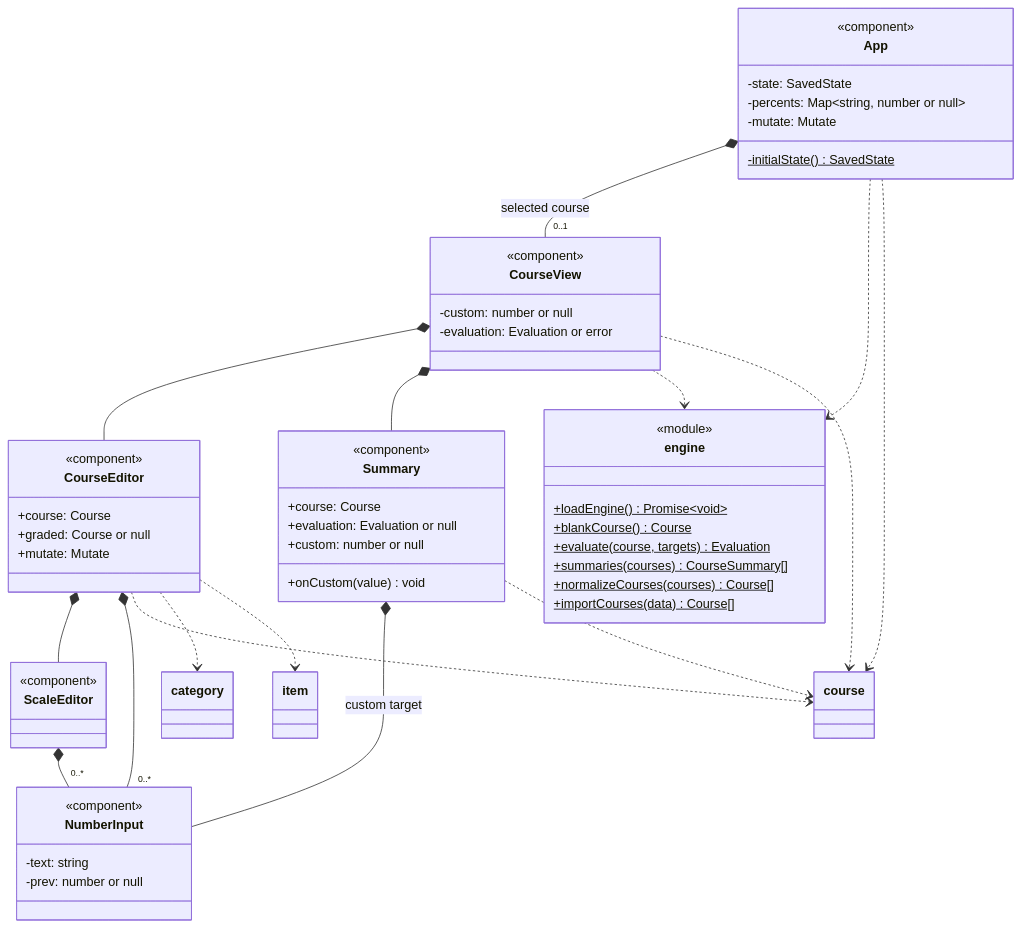
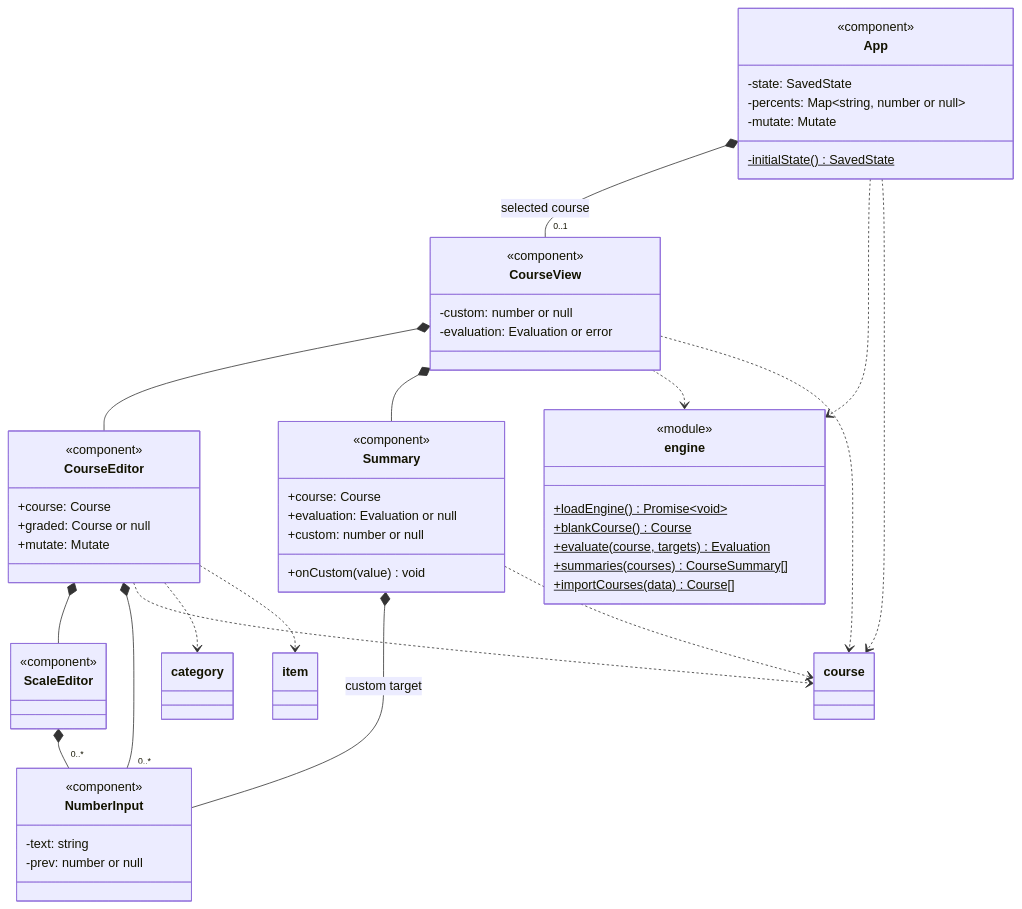
The eighth of 9 diagrams in docs/uml.md (Patman1O1/grade-calculator), drawn with Mermaid before and after one commit. The commit also changed other lines of this file and 14 other files, not shown here.

````diff
--- a/docs/uml.md
+++ b/docs/uml.md
@@ -319,61 +316,60 @@
 ```mermaid
 classDiagram
   direction TB
   class App {
     <<component>>
     -state: SavedState
     -percents: Map~string, number or null~
     -mutate: Mutate
     -initialState()$ SavedState
   }
   class CourseView {
     <<component>>
     -custom: number or null
     -evaluation: Evaluation or error
   }
   class CourseEditor {
     <<component>>
     +course: Course
     +graded: Course or null
     +mutate: Mutate
   }
   class ScaleEditor {
     <<component>>
   }
   class Summary {
     <<component>>
     +course: Course
     +evaluation: Evaluation or null
     +custom: number or null
     +onCustom(value) void
   }
   class NumberInput {
     <<component>>
     -text: string
     -prev: number or null
   }
   class engine {
     <<module>>
     +loadEngine()$ Promise~void~
     +blankCourse()$ Course
     +evaluate(course, targets)$ Evaluation
     +summaries(courses)$ CourseSummary[]
-    +normalizeCourses(courses)$ Course[]
     +importCourses(data)$ Course[]
   }
   App *-- "0..1" CourseView : selected course
   CourseView *-- CourseEditor
   CourseView *-- Summary
   CourseEditor *-- ScaleEditor
   CourseEditor *-- "0..*" NumberInput
   ScaleEditor *-- "0..*" NumberInput
   Summary *-- NumberInput : custom target
   App ..> engine
   CourseView ..> engine
   App ..> course
   CourseView ..> course
   CourseEditor ..> course
   CourseEditor ..> category
   CourseEditor ..> item
   Summary ..> course
 ```
````
